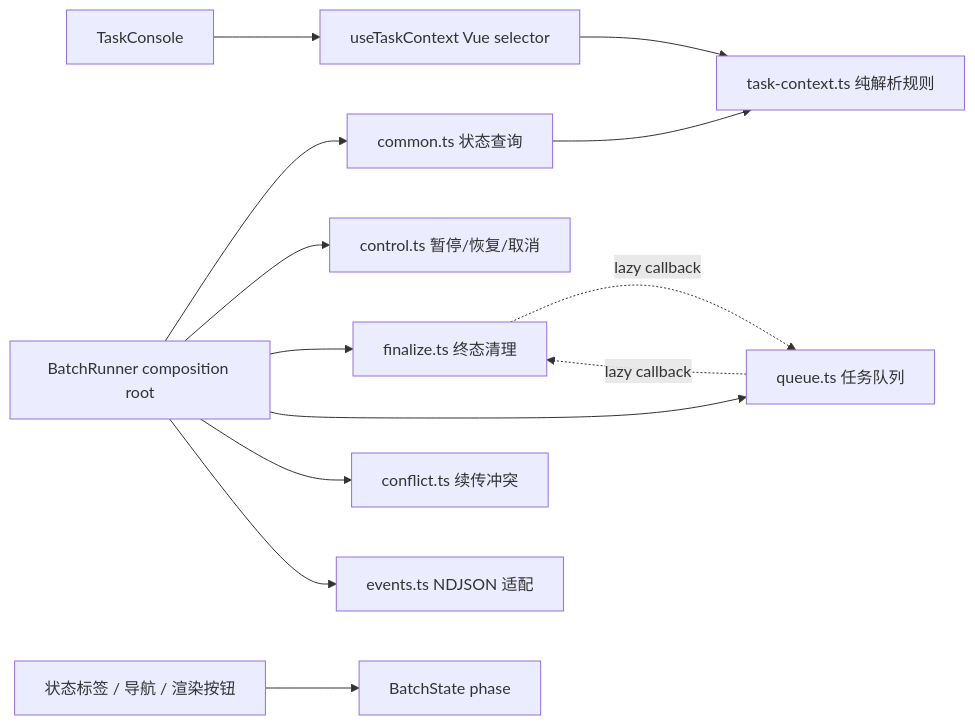
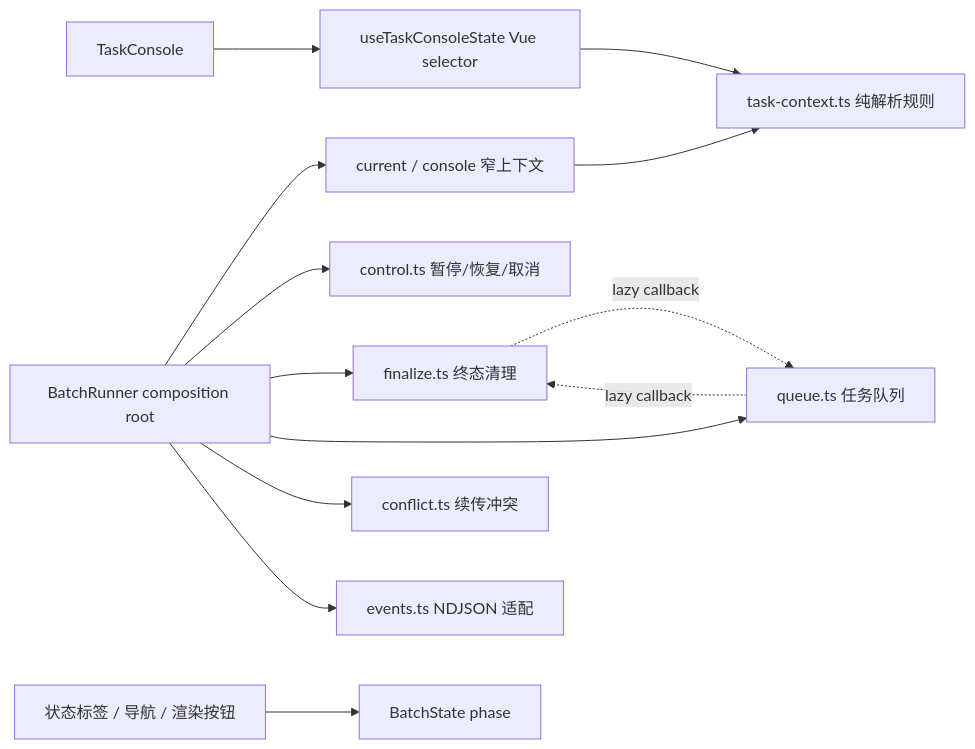
One commit to youge325/vp changed the third of 4 diagrams in docs/02-frontend-architecture.md. Above: the diagram before and after it, drawn with Mermaid. The commit also changed other lines of this file and 20 other files, not shown here.

````diff
--- a/docs/02-frontend-architecture.md
+++ b/docs/02-frontend-architecture.md
@@ -210,15 +212,15 @@
 ```mermaid
 graph LR
-    A[BatchRunner composition root] --> B1[common.ts 状态查询]
+    A[BatchRunner composition root] --> B1[current / console 窄上下文]
     A --> B2[control.ts 暂停/恢复/取消]
     A --> B3[finalize.ts 终态清理]
     A --> B4[queue.ts 任务队列]
     A --> C[conflict.ts 续传冲突]
     A --> D[events.ts NDJSON 适配]
     B1 --> E[task-context.ts 纯解析规则]
-    F[useTaskContext Vue selector] --> E
+    F[useTaskConsoleState Vue selector] --> E
     G[TaskConsole] --> F
     H[状态标签 / 导航 / 渲染按钮] --> I[BatchState phase]
     B3 -. lazy callback .-> B4
     B4 -. lazy callback .-> B3
 ```
````
